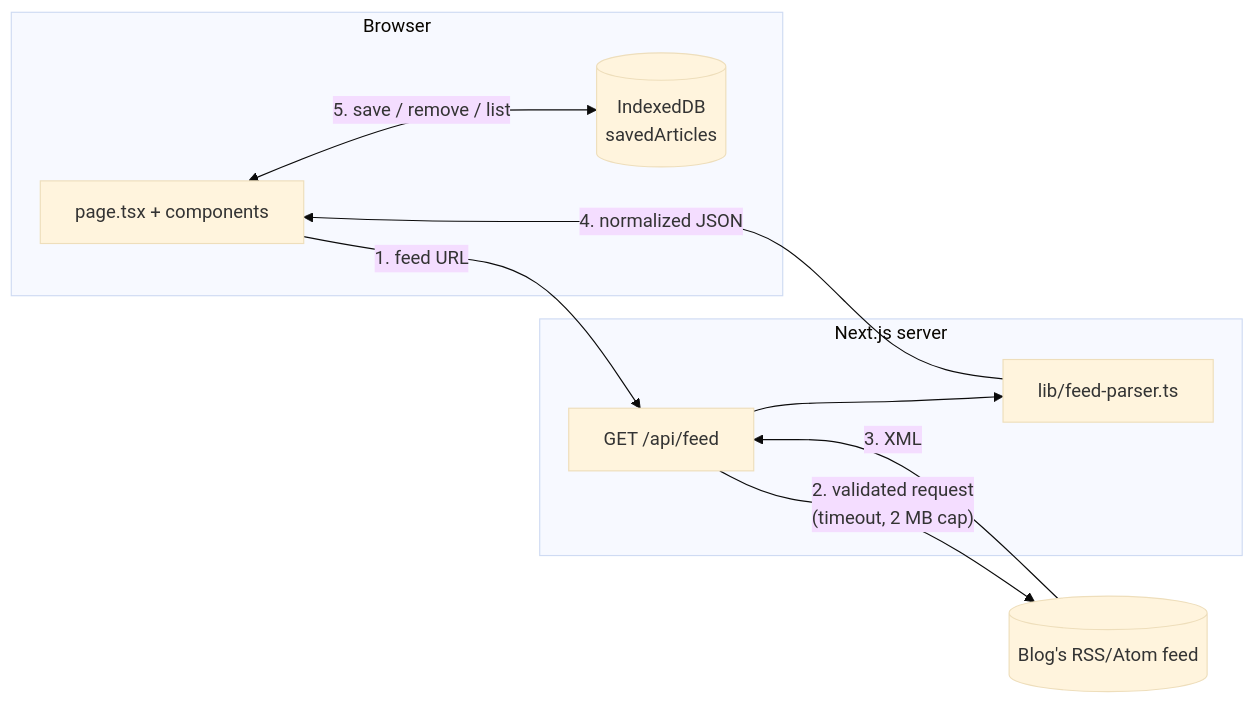
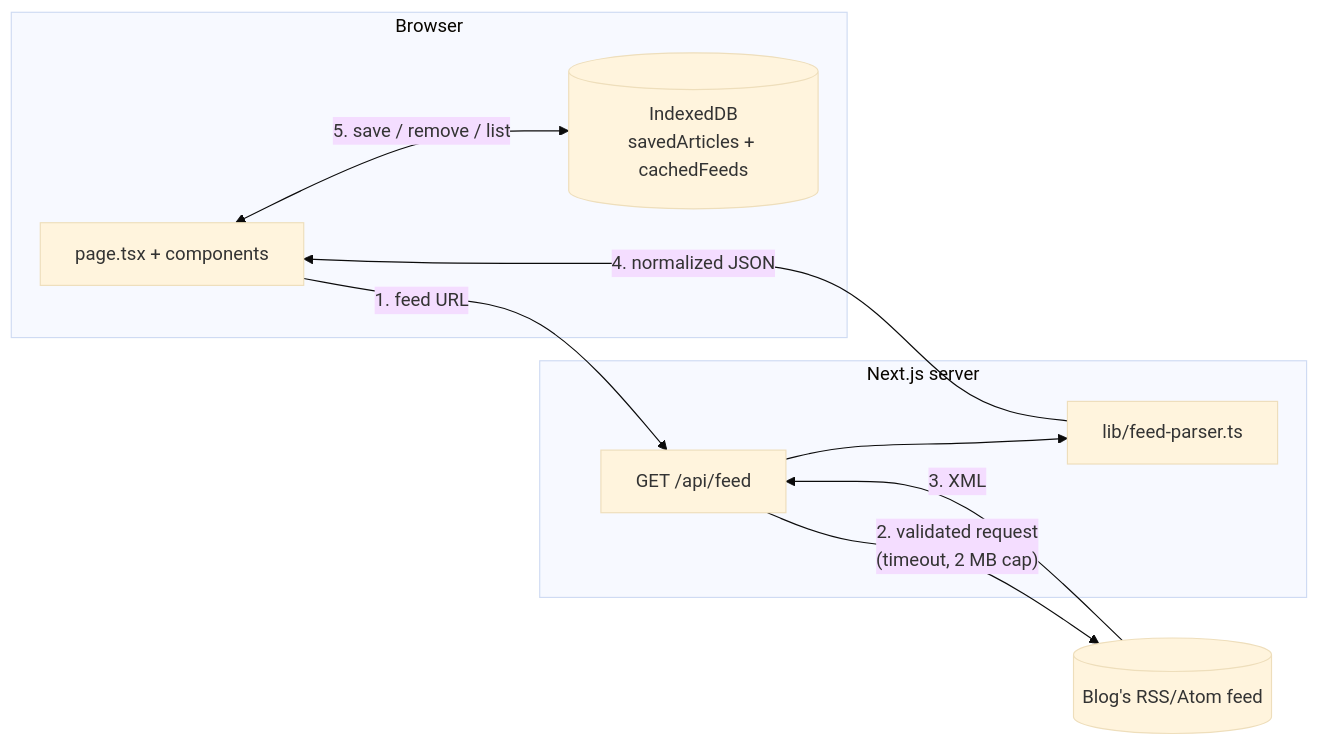
The diagram in nova-reader/README.md (PECathon-2026/Team-PF-ZM657), drawn with Mermaid (base theme) before and after one commit. The commit also changed other lines of this file and 11 other files, not shown here.

````diff
--- a/nova-reader/README.md
+++ b/nova-reader/README.md
@@ -126,19 +129,19 @@
 ```mermaid
 flowchart LR
   subgraph Browser
     UI[page.tsx + components]
-    DB[(IndexedDB\nsavedArticles)]
+    DB[(IndexedDB\nsavedArticles + cachedFeeds)]
   end
   subgraph Server[Next.js server]
     API["GET /api/feed"]
     P[lib/feed-parser.ts]
   end
   Blog[(Blog's RSS/Atom feed)]
 
   UI -- "1. feed URL" --> API
   API -- "2. validated request\n(timeout, 2 MB cap)" --> Blog
   Blog -- "3. XML" --> API
   API --> P
   P -- "4. normalized JSON" --> UI
   UI <-- "5. save / remove / list" --> DB
 ```
````
